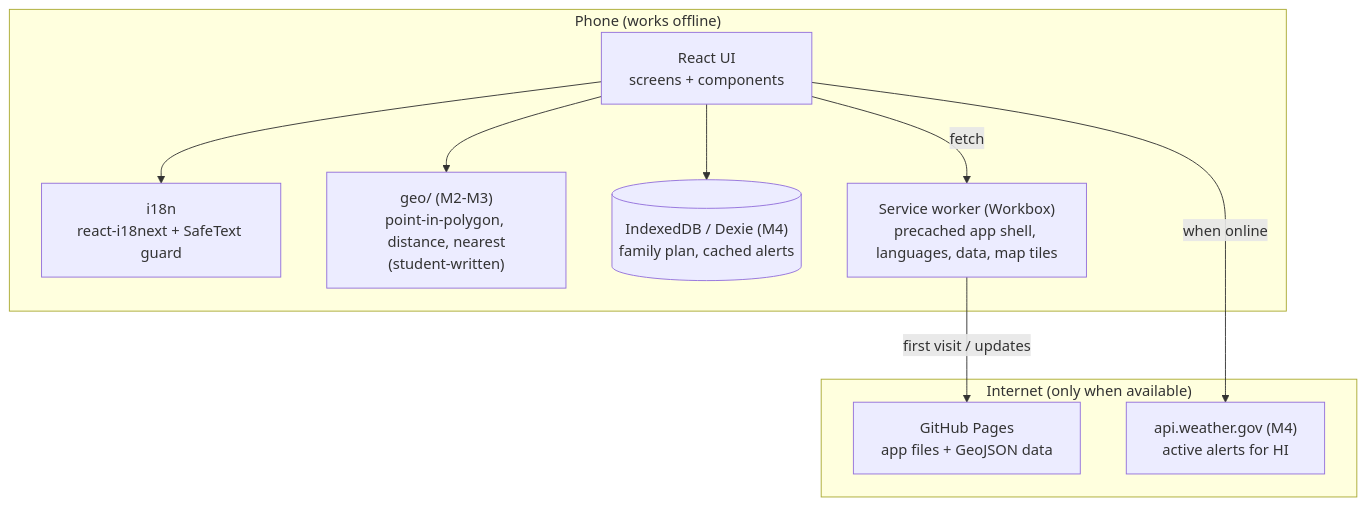
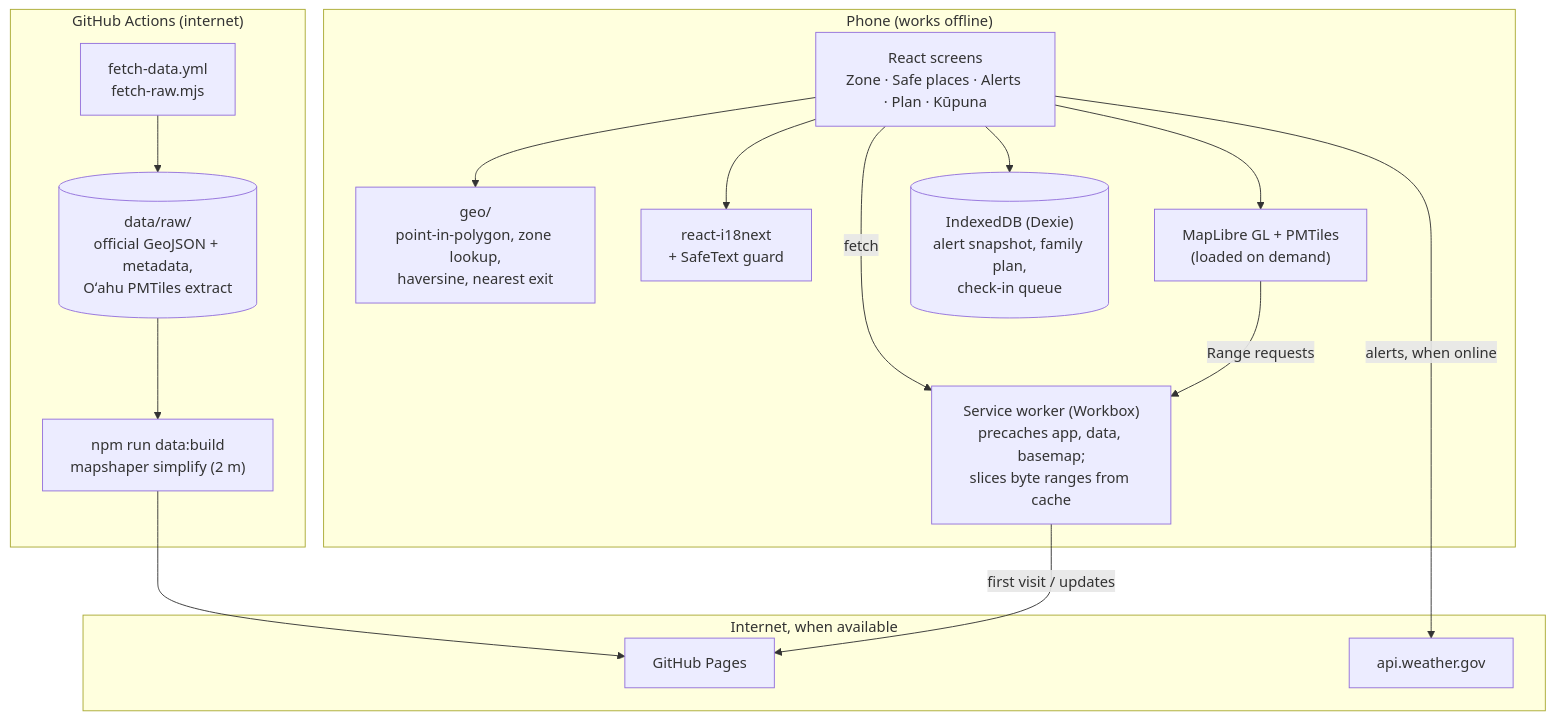
One commit to skylorchan/congressionalappchallenge changed the diagram in README.md. Above: the diagram before and after it, drawn with Mermaid. The commit also changed other lines of this file and 15 other files, not shown here.

````diff
--- a/README.md
+++ b/README.md
@@ -36,21 +56,30 @@
 ```mermaid
 flowchart TD
+  subgraph Build["GitHub Actions (internet)"]
+    FETCH["fetch-data.yml<br/>fetch-raw.mjs"]
+    RAW[("data/raw/<br/>official GeoJSON + metadata,<br/>Oʻahu PMTiles extract")]
+    BUILD["npm run data:build<br/>mapshaper simplify (2 m)"]
+    FETCH --> RAW --> BUILD
+  end
   subgraph Device["Phone (works offline)"]
-    UI["React UI<br/>screens + components"]
-    I18N["i18n<br/>react-i18next + SafeText guard"]
-    GEO["geo/ (M2-M3)<br/>point-in-polygon, distance, nearest<br/>(student-written)"]
-    DB[("IndexedDB / Dexie (M4)<br/>family plan, cached alerts")]
-    SW["Service worker (Workbox)<br/>precached app shell, languages, data, map tiles"]
+    UI["React screens<br/>Zone · Safe places · Alerts · Plan · Kūpuna"]
+    GEO["geo/<br/>point-in-polygon, zone lookup,<br/>haversine, nearest exit"]
+    I18N["react-i18next<br/>+ SafeText guard"]
+    MAP["MapLibre GL + PMTiles<br/>(loaded on demand)"]
+    DB[("IndexedDB (Dexie)<br/>alert snapshot, family plan,<br/>check-in queue")]
+    SW["Service worker (Workbox)<br/>precaches app, data, basemap;<br/>slices byte ranges from cache"]
   end
-  subgraph Internet["Internet (only when available)"]
-    PAGES["GitHub Pages<br/>app files + GeoJSON data"]
-    NWS["api.weather.gov (M4)<br/>active alerts for HI"]
+  subgraph Net["Internet, when available"]
+    PAGES["GitHub Pages"]
+    NWS["api.weather.gov"]
   end
-
+  BUILD --> PAGES
+  UI --> GEO
   UI --> I18N
-  UI --> GEO
+  UI --> MAP
   UI --> DB
-  UI -- "fetch" --> SW
+  UI -- fetch --> SW
+  MAP -- "Range requests" --> SW
   SW -- "first visit / updates" --> PAGES
-  UI -- "when online" --> NWS
+  UI -- "alerts, when online" --> NWS
 ```
````
